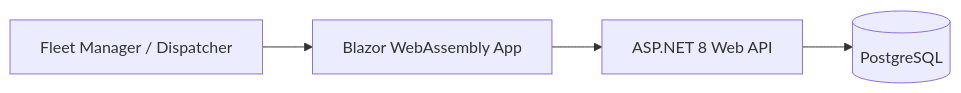
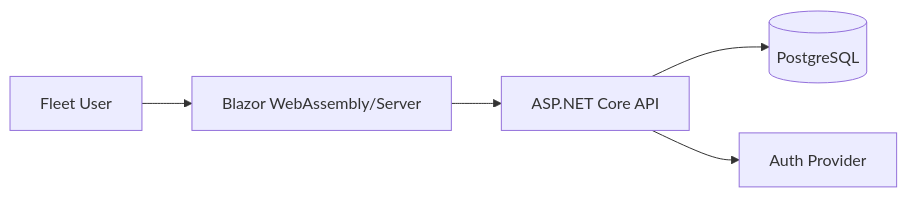
One commit to meghana-m-revankar/ai-builder changed the diagram in projects/fleet-tracker/docs/architecture.md. Above: the diagram before and after it, drawn with Mermaid. The commit also changed other lines of this file and 21 other files, not shown here.

````diff
--- a/projects/fleet-tracker/docs/architecture.md
+++ b/projects/fleet-tracker/docs/architecture.md
@@ -7,6 +7,7 @@
 ```mermaid
 flowchart LR
-    User[Fleet Manager / Dispatcher] --> Web[Blazor WebAssembly App]
-    Web --> API[ASP.NET 8 Web API]
+    User[Fleet User] --> Blazor[Blazor WebAssembly/Server]
+    Blazor --> API[ASP.NET Core API]
     API --> DB[(PostgreSQL)]
+    API --> Identity[Auth Provider]
 ```
````
